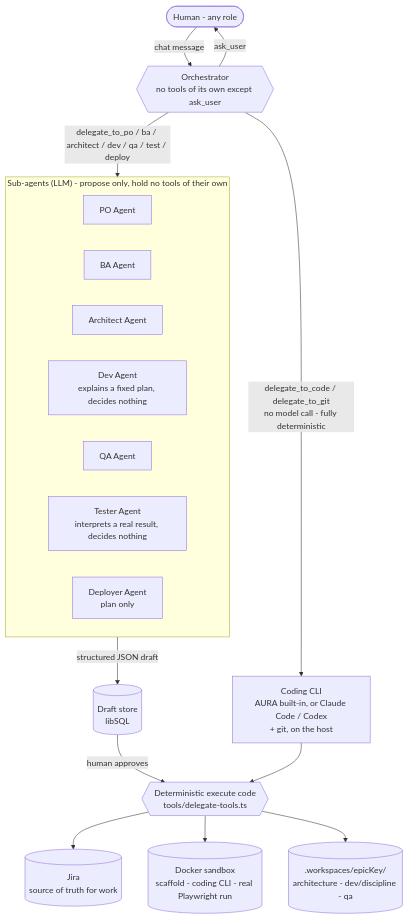
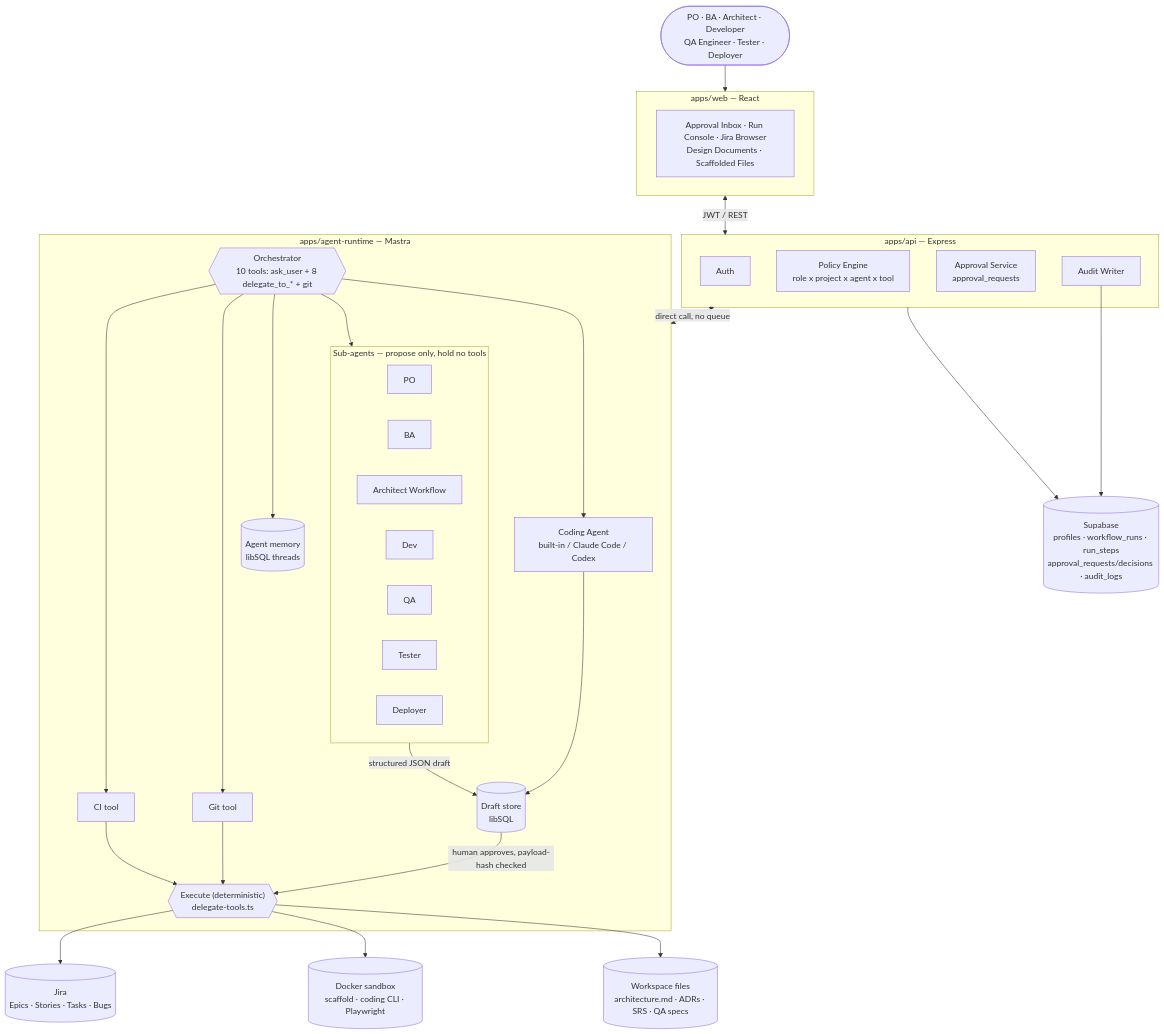
Before and after one commit to HasithaErandika/aura: the diagram in docs/ARCHITECTURE.md, drawn with Mermaid. The commit also changed other lines of this file, not shown here.

````diff
--- a/docs/ARCHITECTURE.md
+++ b/docs/ARCHITECTURE.md
@@ -56,27 +55,59 @@
 ```mermaid
 flowchart TD
-    H([Human - any role]) -->|chat message| ORCH{{Orchestrator<br/>no tools of its own except ask_user}}
-    ORCH -->|ask_user| H
+    ROLES(["PO · BA · Architect · Developer<br/>QA Engineer · Tester · Deployer"]) --> WEB
 
-    subgraph SUBAGENTS["Sub-agents (LLM) - propose only, hold no tools of their own"]
-        PO[PO Agent]
-        BA[BA Agent]
-        AR[Architect Agent]
-        DEV[Dev Agent<br/>explains a fixed plan, decides nothing]
-        QA[QA Agent]
-        TS[Tester Agent<br/>interprets a real result, decides nothing]
-        DP[Deployer Agent<br/>plan only]
+    subgraph WEB["apps/web — React"]
+        UI["Approval Inbox · Run Console · Jira Browser<br/>Design Documents · Scaffolded Files"]
     end
 
-    ORCH -->|"delegate_to_po / ba / architect / dev / qa / test / deploy"| SUBAGENTS
-    SUBAGENTS -->|structured JSON draft| DRAFTSTORE[(Draft store<br/>libSQL)]
+    WEB <-->|"JWT / REST"| API
 
-    ORCH -->|"delegate_to_code / delegate_to_git<br/>no model call - fully deterministic"| ACTORS[Coding CLI<br/>AURA built-in, or Claude Code / Codex<br/>+ git, on the host]
+    subgraph API["apps/api — Express"]
+        AUTH[Auth]
+        POL["Policy Engine<br/>role x project x agent x tool"]
+        APR["Approval Service<br/>approval_requests"]
+        AUD[Audit Writer]
+    end
 
-    DRAFTSTORE -->|human approves| EXEC{{Deterministic execute code<br/>tools/delegate-tools.ts}}
-    ACTORS --> EXEC
+    API <-->|"direct call, no queue"| RT
 
-    EXEC --> JIRA[(Jira<br/>source of truth for work)]
-    EXEC --> DOCKER[(Docker sandbox<br/>scaffold - coding CLI - real Playwright run)]
-    EXEC --> FILES[(.workspaces/epicKey/<br/>architecture - dev/discipline - qa)]
+    subgraph RT["apps/agent-runtime — Mastra"]
+        ORCH{{"Orchestrator<br/>10 tools: ask_user + 8 delegate_to_* + git"}}
+
+        subgraph AGENTS["Sub-agents — propose only, hold no tools"]
+            PO_A[PO]
+            BA_A[BA]
+            AR_A["Architect Workflow"]
+            DEV_A[Dev]
+            QA_A[QA]
+            TS_A[Tester]
+            DP_A[Deployer]
+        end
+
+        CODE["Coding Agent<br/>built-in / Claude Code / Codex"]
+        GITT["Git tool"]
+        CI["CI tool"]
+        MEM[("Agent memory<br/>libSQL threads")]
+
+        ORCH --> AGENTS
+        ORCH --> CODE
+        ORCH --> GITT
+        ORCH --> CI
+        ORCH --> MEM
+
+        AGENTS -->|"structured JSON draft"| DRAFT[("Draft store<br/>libSQL")]
+        CODE --> DRAFT
+
+        EXEC{{"Execute (deterministic)<br/>delegate-tools.ts"}}
+        DRAFT -->|"human approves, payload-hash checked"| EXEC
+        GITT --> EXEC
+        CI --> EXEC
+    end
+
+    EXEC --> JIRA[("Jira<br/>Epics · Stories · Tasks · Bugs")]
+    EXEC --> DOCKER[("Docker sandbox<br/>scaffold · coding CLI · Playwright")]
+    EXEC --> FILES[("Workspace files<br/>architecture.md · ADRs · SRS · QA specs")]
+
+    API --> SUPA[("Supabase<br/>profiles · workflow_runs · run_steps<br/>approval_requests/decisions · audit_logs")]
+    AUD --> SUPA
 ```
````
